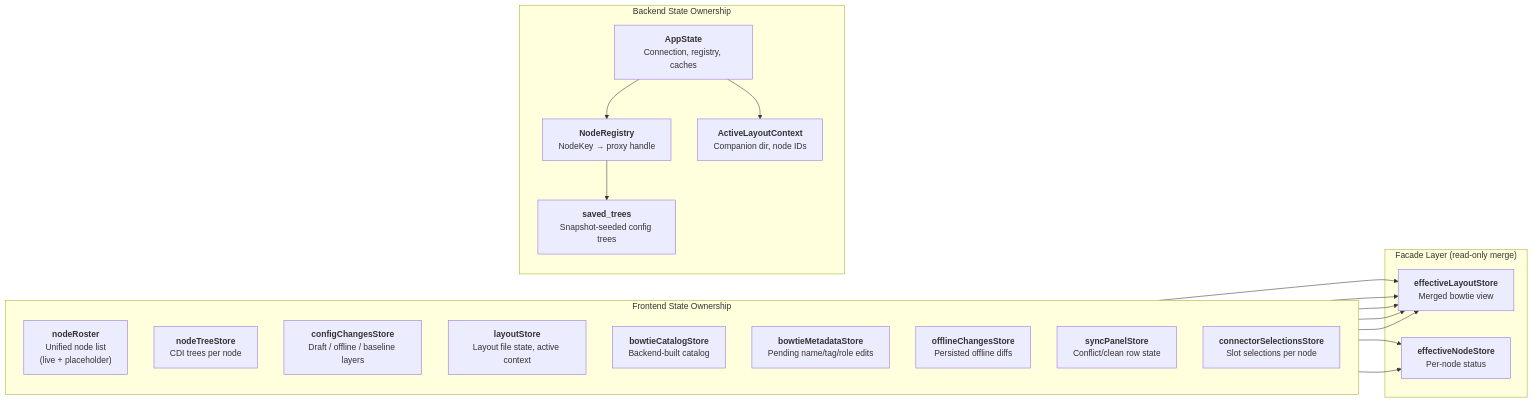
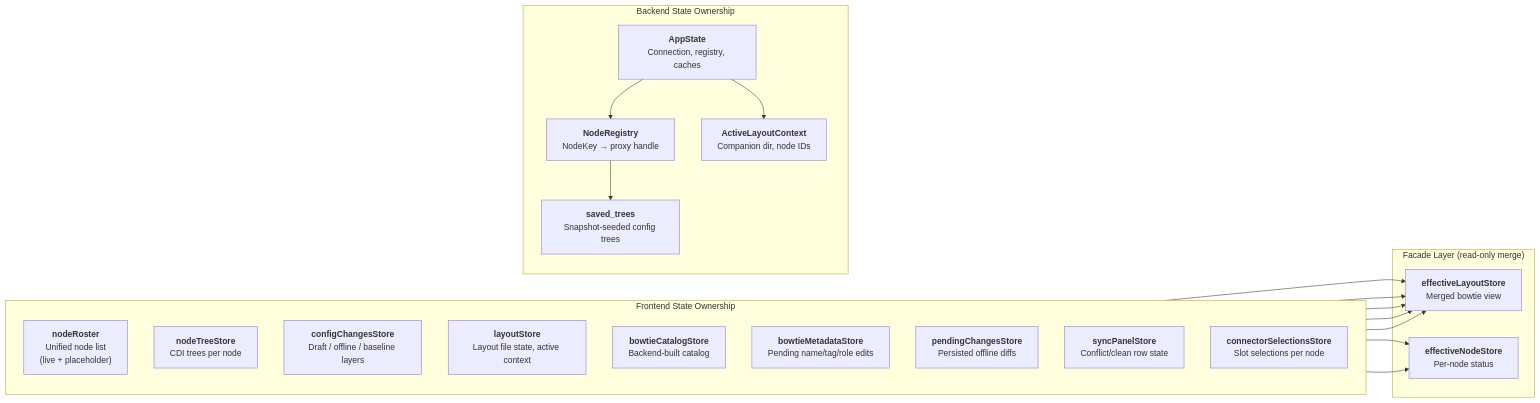
One commit to JohnSL/Bowties changed the fourth of 4 diagrams in aiwiki/architecture-diagrams.md. Above: the diagram before and after it, drawn with Mermaid. The commit also changed other lines of this file and 228 other files, not shown here.

````diff
--- a/aiwiki/architecture-diagrams.md
+++ b/aiwiki/architecture-diagrams.md
@@ -237,41 +237,41 @@
 ```mermaid
 graph LR
     subgraph "Frontend State Ownership"
         direction TB
 
         nodeRoster["<b>nodeRoster</b><br/>Unified node list<br/>(live + placeholder)"]
         nodeTree["<b>nodeTreeStore</b><br/>CDI trees per node"]
         configChanges["<b>configChangesStore</b><br/>Draft / offline / baseline layers"]
         layout["<b>layoutStore</b><br/>Layout file state, active context"]
         bowtieCatalog["<b>bowtieCatalogStore</b><br/>Backend-built catalog"]
         bowtieMetadata["<b>bowtieMetadataStore</b><br/>Pending name/tag/role edits"]
-        offlineChanges["<b>offlineChangesStore</b><br/>Persisted offline diffs"]
+        offlineChanges["<b>pendingChangesStore</b><br/>Persisted offline diffs"]
         syncPanel["<b>syncPanelStore</b><br/>Conflict/clean row state"]
         connSel["<b>connectorSelectionsStore</b><br/>Slot selections per node"]
     end
 
     subgraph "Facade Layer (read-only merge)"
         effectiveLayout["<b>effectiveLayoutStore</b><br/>Merged bowtie view"]
         effectiveNode["<b>effectiveNodeStore</b><br/>Per-node status"]
     end
 
     bowtieCatalog --> effectiveLayout
     nodeTree --> effectiveLayout
     bowtieMetadata --> effectiveLayout
     configChanges --> effectiveLayout
     layout --> effectiveLayout
 
     nodeTree --> effectiveNode
     layout --> effectiveNode
 
     subgraph "Backend State Ownership"
         appState["<b>AppState</b><br/>Connection, registry, caches"]
         registry["<b>NodeRegistry</b><br/>NodeKey → proxy handle"]
         savedTrees["<b>saved_trees</b><br/>Snapshot-seeded config trees"]
         layoutCtx["<b>ActiveLayoutContext</b><br/>Companion dir, node IDs"]
     end
 
     appState --> registry
     appState --> layoutCtx
     registry --> savedTrees
 ```
````
